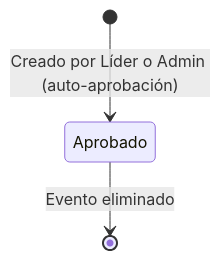
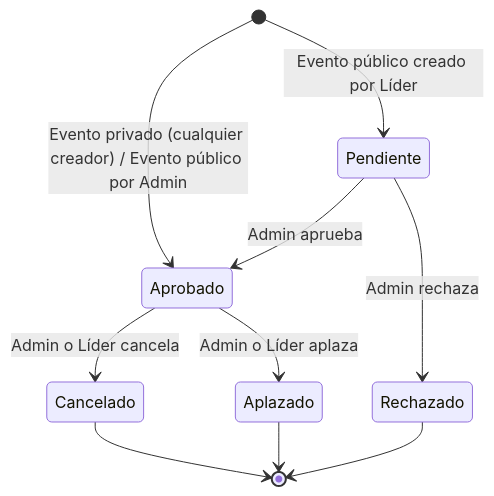
One commit to CTechuni/ctech_web changed the sixth of 7 diagrams in requi.md. Above: the diagram before and after it, drawn with Mermaid. The commit also changed other lines of this file, not shown here.

````diff
--- a/requi.md
+++ b/requi.md
@@ -195,5 +210,12 @@
 ```mermaid
 stateDiagram-v2
-    [*] --> Aprobado: Creado por Líder o Admin (auto-aprobación)
-    Aprobado --> [*]: Evento eliminado
+    [*] --> Aprobado: Evento privado (cualquier creador) / Evento público por Admin
+    [*] --> Pendiente: Evento público creado por Líder
+    Pendiente --> Aprobado: Admin aprueba
+    Pendiente --> Rechazado: Admin rechaza
+    Aprobado --> Cancelado: Admin o Líder cancela
+    Aprobado --> Aplazado: Admin o Líder aplaza
+    Rechazado --> [*]
+    Cancelado --> [*]
+    Aplazado --> [*]
 ```
````
